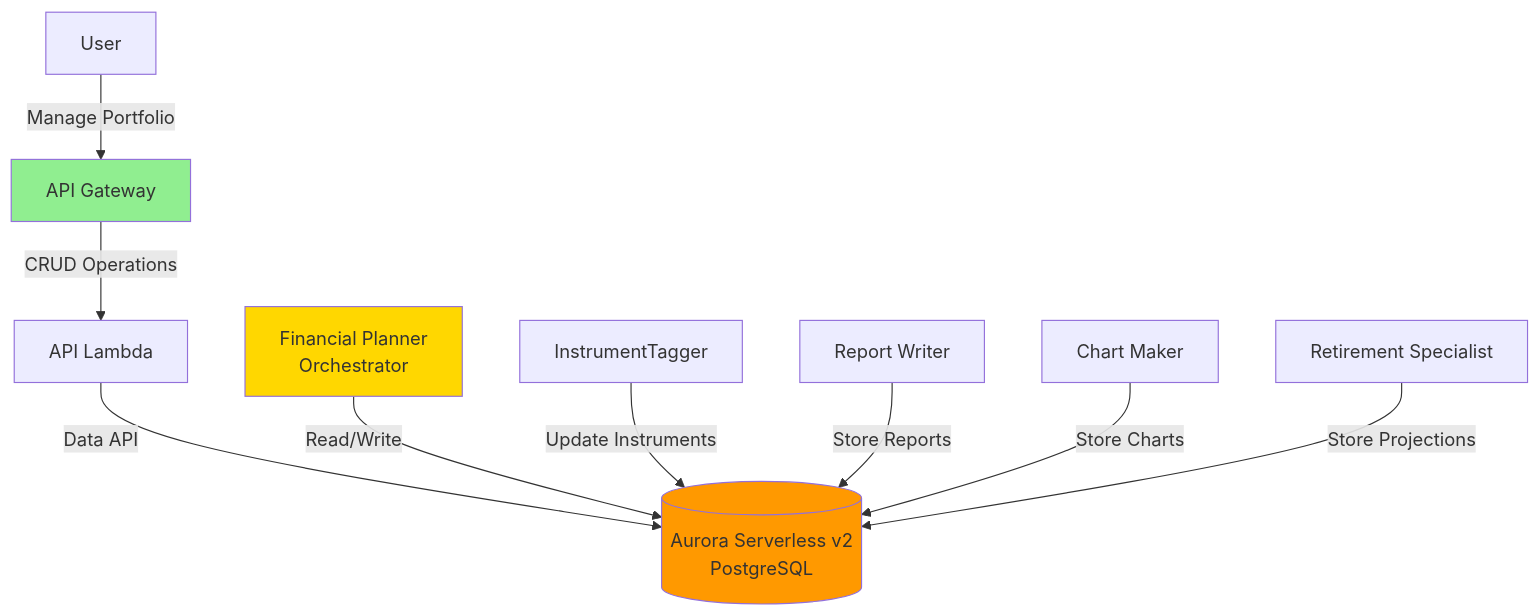
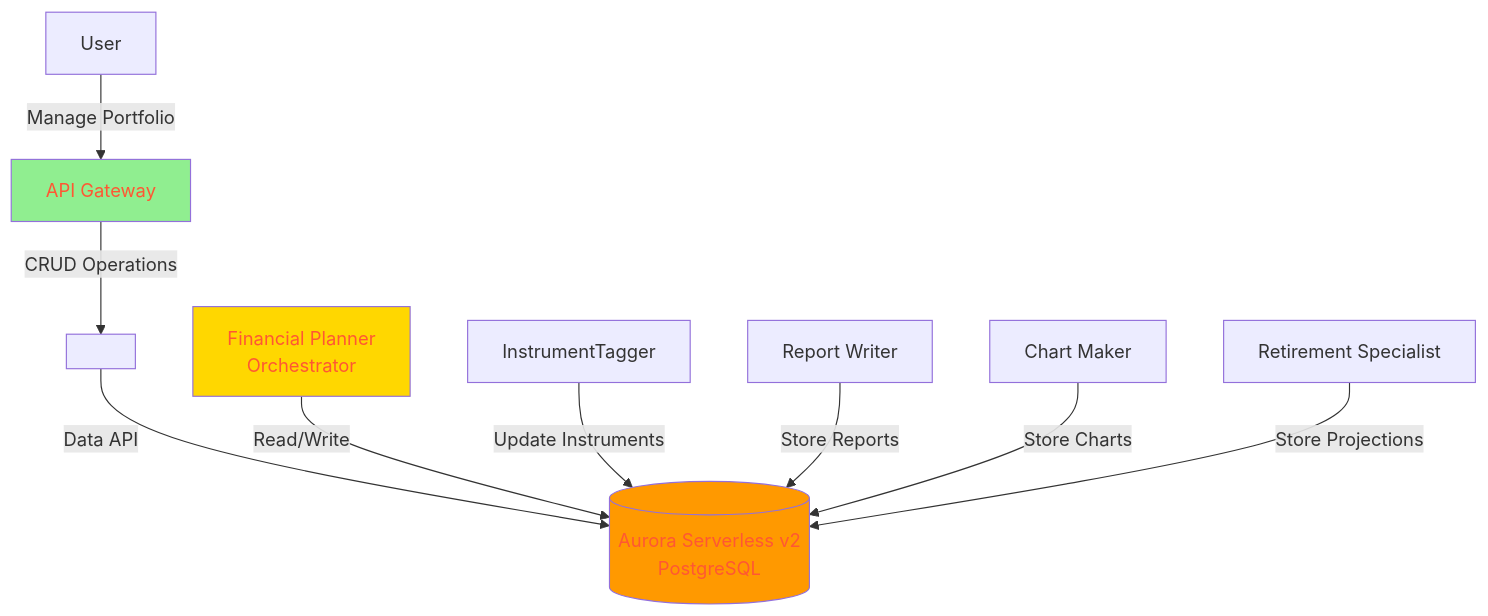
One commit to bholasek2010/python-multiagent_saas_planner changed the first of 2 diagrams in guides/5_database.md. Above: the diagram before and after it, drawn with Mermaid. The commit also changed 19 other files, not shown here.

````diff
--- a/guides/5_database.md
+++ b/guides/5_database.md
@@ -52,16 +52,16 @@
 ```mermaid
 graph TB
-    User[User] -->|Manage Portfolio| API[API Gateway]
-    API -->|CRUD Operations| Lambda[API Lambda]
-    Lambda -->|Data API| Aurora[(Aurora Serverless v2<br/>PostgreSQL)]
+    User[User] -->|Manage Portfolio| API[<font color=#FF5733>API Gateway</font>]
+    API -->|CRUD Operations| Lambda[<API Lambda]
+    Lambda -->|Data API| Aurora[(<font color=#FF5733>Aurora Serverless v2<br/>PostgreSQL</font>)]
 
-    Planner[Financial Planner<br/>Orchestrator] -->|Read/Write| Aurora
+    Planner[<font color=#FF5733>Financial Planner<br/>Orchestrator</font>] -->|Read/Write| Aurora
     Tagger[InstrumentTagger] -->|Update Instruments| Aurora
     Reporter[Report Writer] -->|Store Reports| Aurora
     Charter[Chart Maker] -->|Store Charts| Aurora
     Retirement[Retirement Specialist] -->|Store Projections| Aurora
 
     style Aurora fill:#FF9900
     style Planner fill:#FFD700
     style API fill:#90EE90
 ```
````
